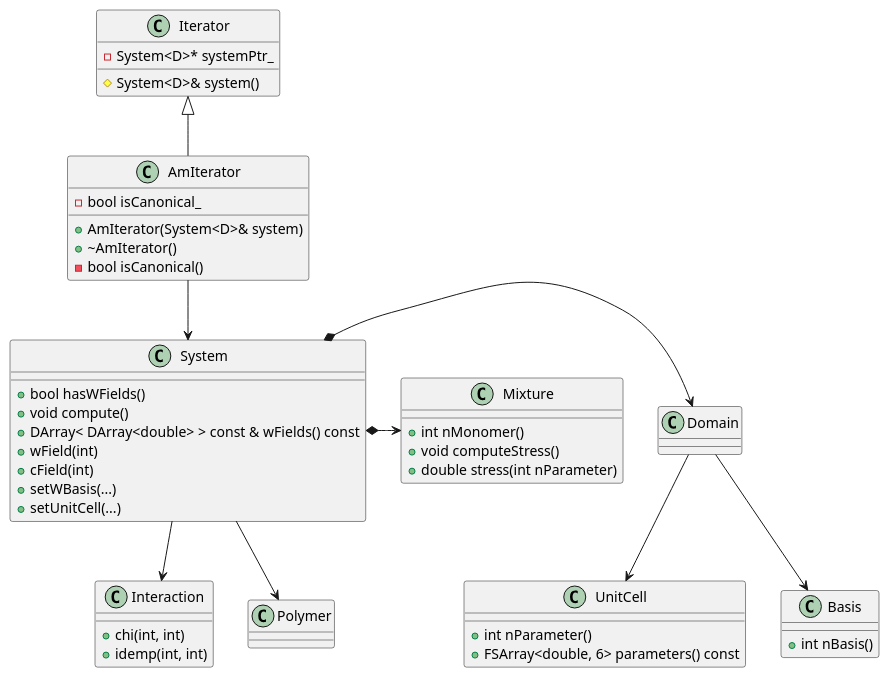
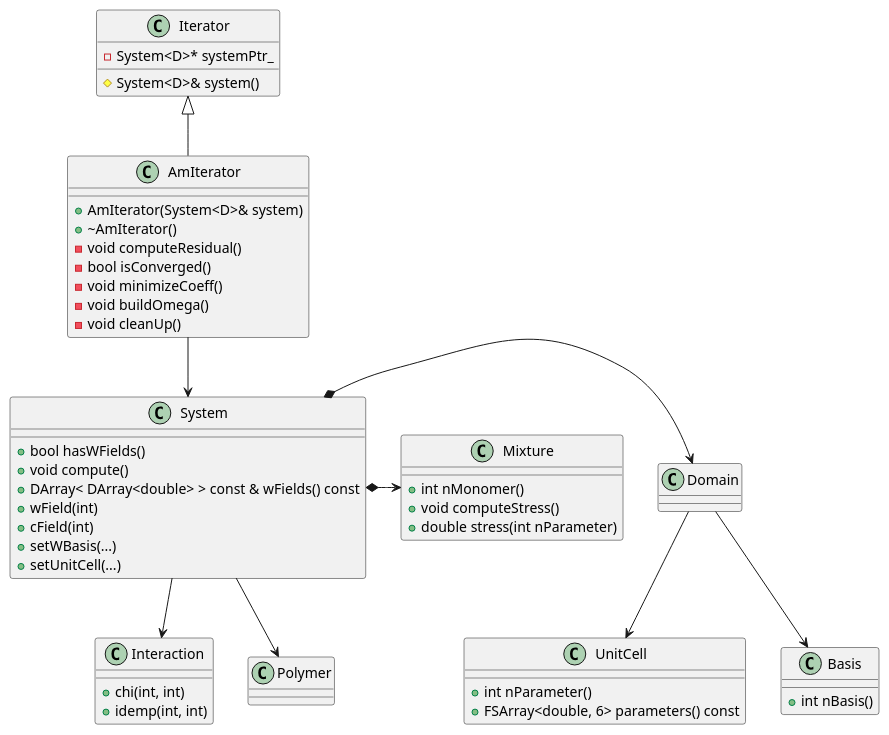
One commit to dmorse/pscfpp changed the diagram in src/draft/diagrams/AmIterator_old.wsd. Above: the diagram before and after it, drawn with PlantUML. The commit also changed 7 other files, not shown here.

```diff
--- a/src/draft/diagrams/AmIterator_old.wsd
+++ b/src/draft/diagrams/AmIterator_old.wsd
@@ -1,95 +1,95 @@
 @startuml
 
 class System
 System : + bool hasWFields()
 System : + void compute()
 System : + DArray< DArray<double> > const & wFields() const
 System : + wField(int)
 System : + cField(int)
 System : + setWBasis(...)
 System : + setUnitCell(...)
 
 class UnitCell
 UnitCell : + int nParameter()
 UnitCell : + FSArray<double, 6> parameters() const
 
 class Mixture
 Mixture : + int nMonomer()
 Mixture : + void computeStress()
 Mixture : + double stress(int nParameter)
 
 class Basis
 Basis : + int nBasis()
 
 class Interaction
 Interaction : + chi(int, int)
 Interaction : + idemp(int, int)
 
 
 class Iterator
 ' ' Iterator public
 ' Iterator : + Iterator(System<D>& system)
 ' Iterator : + virtual void setup() = 0
 ' Iterator : + virtual int solve() = 0
 ' Iterator : + bool isFlexible() const
 ' ' Iterator protected 
 ' Iterator : # bool isFlexible_
 Iterator : # System<D>& system()
 ' Iterator private
 Iterator : - System<D>* systemPtr_
 
 
 
 class AmIterator
 AmIterator : + AmIterator(System<D>& system)
 AmIterator : + ~AmIterator()
 ' AmIterator : + void readParameters(std::istream& in)
 ' AmIterator : + void setup()
 ' AmIterator : + int solve()
 ' AmIterator : + bool isFlexible()
 ' AmIterator : + double epsilon()
 ' AmIterator : + int maxHist()
 ' AmIterator : + int maxItr()
 ' AmIterator : - double epsilon_
 ' AmIterator : - std::string errorType_
 ' AmIterator : - double scaleStress_
 ' AmIterator : - bool isFlexible_
-AmIterator : - bool isCanonical_
+' AmIterator : - bool isCanonical_
 ' AmIterator : - int shift_
 ' AmIterator : - double lambda_
 ' AmIterator : - int nHist_
 ' AmIterator : - int maxHist_
 ' AmIterator : - int maxItr_
 ' AmIterator : - int nResid_ 
 ' AmIterator : - RingBuffer< DArray < DArray<double> > > resHists_
 ' AmIterator : - RingBuffer< DArray < DArray<double> > > wHists_
 ' AmIterator : - RingBuffer< FArray <double, 6> > stressHists_
 ' AmIterator : - RingBuffer< FSArray<double, 6> > cellParamHists_
 ' AmIterator : - DMatrix<double> U_
 ' AmIterator : - DArray<double> coeffs_
 ' AmIterator : - DArray<double> v_
 ' AmIterator : - FSArray<double, 6> parameters_
 ' AmIterator : - DArray<DArray <double> > wArrays_
 ' AmIterator : - DArray<DArray <double> > dArrays_
 ' AmIterator : - FArray<double, 6> wCpArrays_
 ' AmIterator : - FArray<double, 6> dCpArrays_
 ' AmIterator : - DArray< DArray<double> > resArrays_
-AmIterator : - bool isCanonical()
+' AmIterator : - bool isCanonical()
 ' AmIterator : - int nElem(int i)
-' AmIterator : - void computeResidual()
-' AmIterator : - bool isConverged()
-' AmIterator : - void minimizeCoeff()
-' AmIterator : - void buildOmega()
-' AmIterator : - void cleanUp()
+AmIterator : - void computeResidual()
+AmIterator : - bool isConverged()
+AmIterator : - void minimizeCoeff()
+AmIterator : - void buildOmega()
+AmIterator : - void cleanUp()
 
 Iterator <|-- AmIterator
 AmIterator --> System
 System *-> Domain 
 System *-> Mixture
 Domain --> UnitCell
 Domain --> Basis
 System --> Interaction
 System --> Polymer
 
 
 @enduml
```
